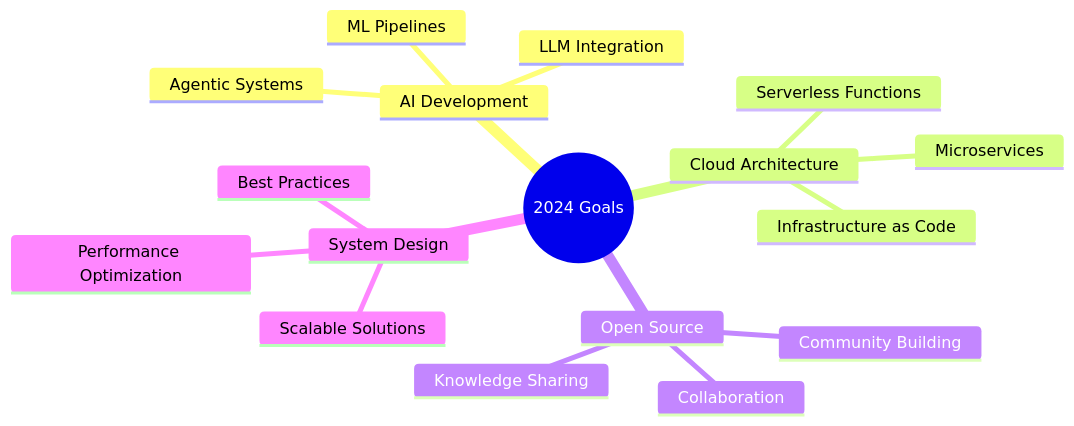
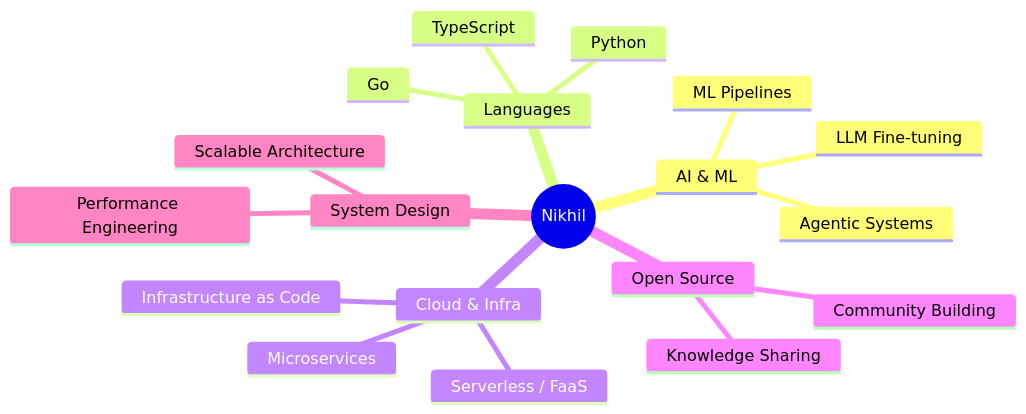
One commit to Nikhilprasad-r/Nikhilprasad-r changed the diagram in README.md. Above: the diagram before and after it, drawn with Mermaid. The commit also changed other lines of this file, not shown here.

````diff
--- a/README.md
+++ b/README.md
@@ -127,20 +108,22 @@
 ```mermaid
 mindmap
-  root((2024 Goals))
-    AI Development
+  root((Nikhil))
+    AI & ML
       Agentic Systems
-      LLM Integration
+      LLM Fine-tuning
       ML Pipelines
-    Cloud Architecture
-      Serverless Functions
+    Languages
+      TypeScript
+      Python
+      Go
+    Cloud & Infra
+      Serverless / FaaS
       Microservices
       Infrastructure as Code
     Open Source
       Community Building
       Knowledge Sharing
-      Collaboration
     System Design
-      Scalable Solutions
-      Performance Optimization
-      Best Practices
+      Scalable Architecture
+      Performance Engineering
 ```
````
